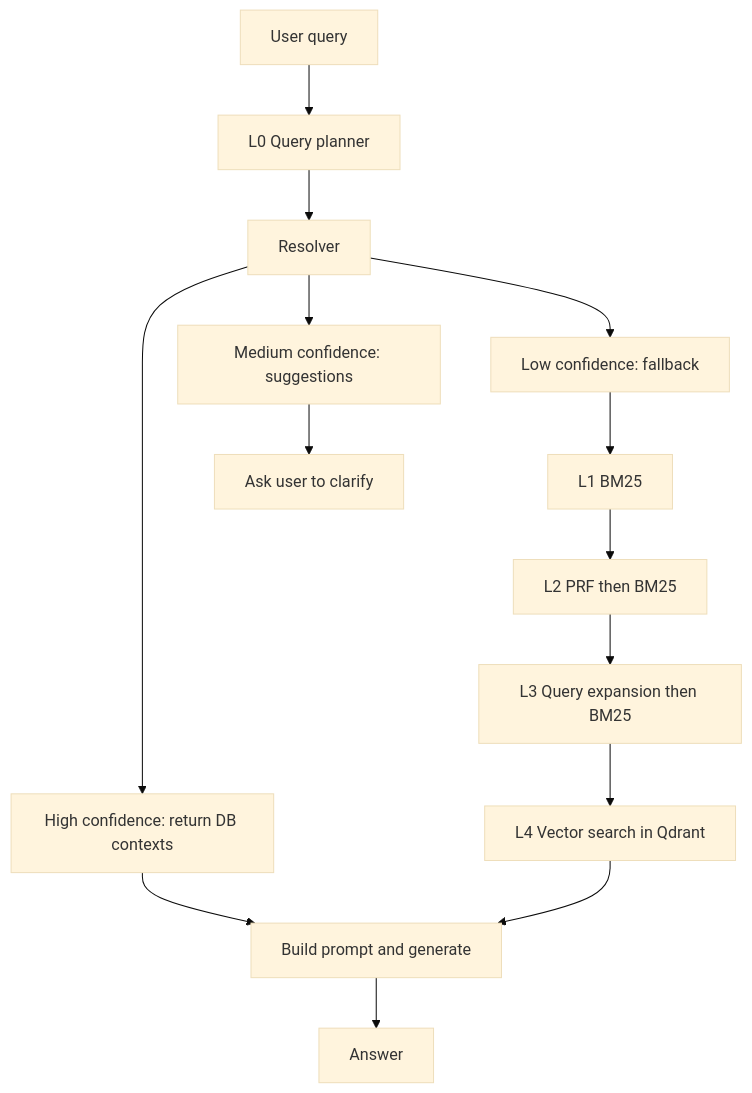
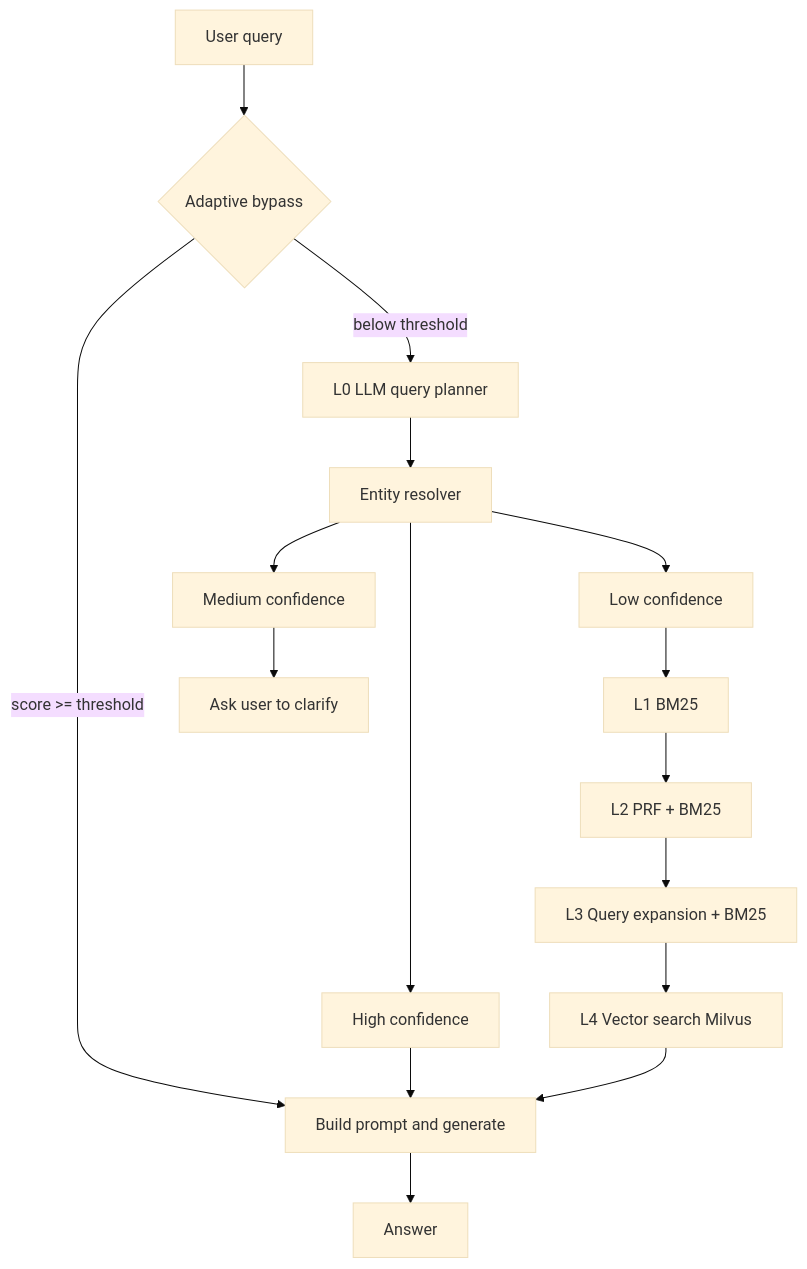
The second of 3 diagrams in intro.md (YiLi98317/rag-chatbot), drawn with Mermaid (base theme) before and after one commit. The commit also changed other lines of this file and 5 other files, not shown here.

````diff
--- a/intro.md
+++ b/intro.md
@@ -136,20 +182,23 @@
 ```mermaid
 flowchart TD
-  q[User query] --> L0[L0 Query planner]
-  L0 --> R[Resolver]
+  q[User query] --> ADP{Adaptive bypass}
+  ADP -- score >= threshold --> RAG[Build prompt and generate]
+  ADP -- below threshold --> L0[L0 LLM query planner]
 
-  R --> H[High confidence: return DB contexts]
-  R --> M[Medium confidence: suggestions]
-  R --> F[Low confidence: fallback]
+  L0 --> R[Entity resolver]
+
+  R --> H[High confidence]
+  R --> M[Medium confidence]
+  R --> F[Low confidence]
 
   F --> L1[L1 BM25]
-  L1 --> L2[L2 PRF then BM25]
-  L2 --> L3[L3 Query expansion then BM25]
-  L3 --> L4[L4 Vector search in Qdrant]
+  L1 --> L2[L2 PRF + BM25]
+  L2 --> L3[L3 Query expansion + BM25]
+  L3 --> L4[L4 Vector search Milvus]
 
-  H --> RAG[Build prompt and generate]
+  H --> RAG
   L4 --> RAG
   RAG --> A[Answer]
 
   M --> STOP[Ask user to clarify]
 ```
````
